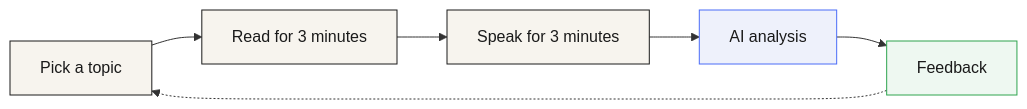
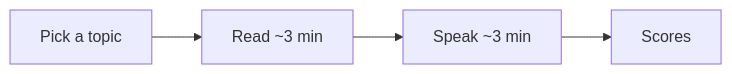
The diagram in README.md (hmmmmmanshu/Speaklikepro), drawn with Mermaid before and after one commit. The commit also changed other lines of this file, not shown here.

````diff
--- a/README.md
+++ b/README.md
@@ -63,14 +17,6 @@
 ```mermaid
 flowchart LR
-  A[Pick a topic] --> B[Read for 3 minutes]
-  B --> C[Speak for 3 minutes]
-  C --> D[AI analysis]
-  D --> E[Feedback]
-  E -.-> A
-
-  style A fill:#f7f4ee,stroke:#1a1a1a,color:#1a1a1a
-  style B fill:#f7f4ee,stroke:#1a1a1a,color:#1a1a1a
-  style C fill:#f7f4ee,stroke:#1a1a1a,color:#1a1a1a
-  style D fill:#eef1fb,stroke:#4a6cf7,color:#1a1a1a
-  style E fill:#eef8f1,stroke:#2ea44f,color:#1a1a1a
+  A[Pick a topic] --> B[Read ~3 min]
+  B --> C[Speak ~3 min]
+  C --> D[Scores]
 ```
````
